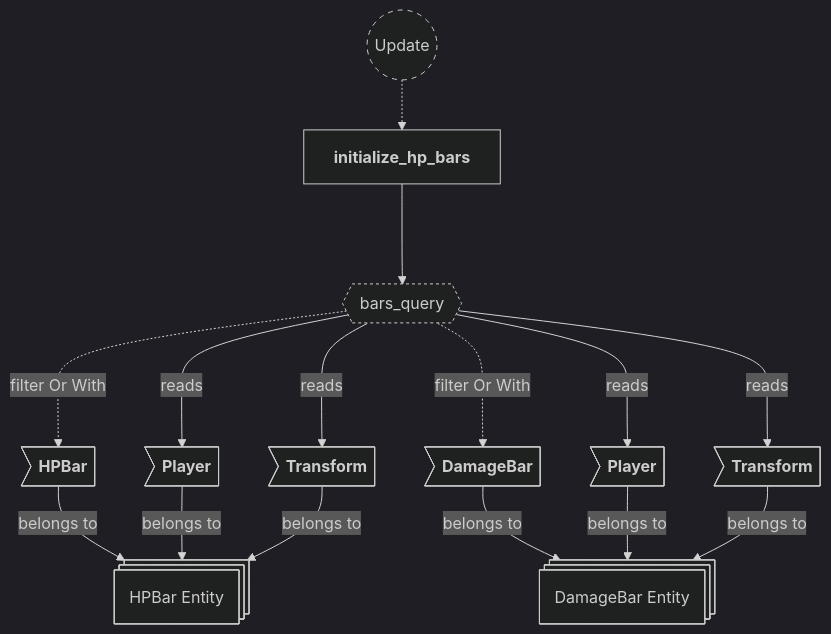
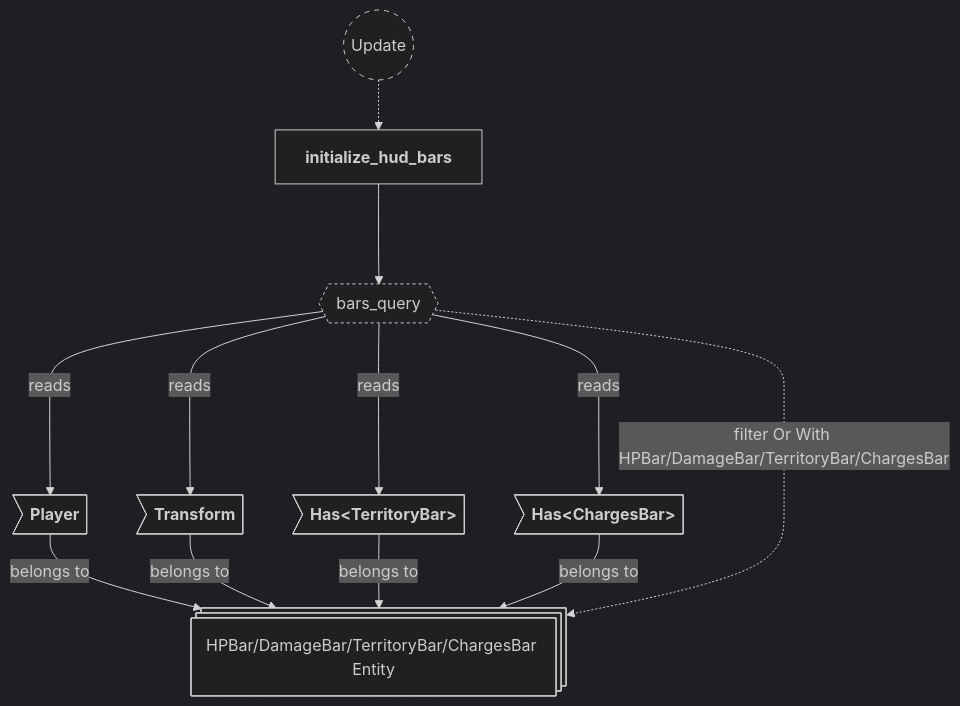
Before and after one commit to neurosoup/tyled: the ninth of 11 diagrams in backlog/docs/doc-3 - 001-Maps-plugin.md, drawn with Mermaid. The commit also changed other lines of this file and 4 other files, not shown here.

````diff
--- a/backlog/docs/doc-3 - 001-Maps-plugin.md
+++ b/backlog/docs/doc-3 - 001-Maps-plugin.md
@@ -396,35 +397,31 @@
 ```mermaid
 ---
 config:
   theme: dark
 ---
 
 flowchart TD
 classDef system-group stroke-dasharray: 5 5
 classDef query stroke-dasharray: 3 3
 
 update(("`Update`")):::system-group
-initialize_hp_bars["`**initialize_hp_bars**`"]
+initialize_hud_bars["`**initialize_hud_bars**`"]
 
-update -.-> initialize_hp_bars
+update -.-> initialize_hud_bars
 
 bars_query{{"`bars_query`"}}:::query
-initialize_hp_bars ---> bars_query
+initialize_hud_bars ---> bars_query
 
-hp_bar_entity@{ shape: st-rect, label: "HPBar Entity" }
-damage_bar_entity@{ shape: st-rect, label: "DamageBar Entity" }
+bar_entity@{ shape: st-rect, label: "HPBar/DamageBar/TerritoryBar/ChargesBar Entity" }
 
-be_hp_bar>"`**HPBar**`"] --> |belongs to| hp_bar_entity
-be_damage_bar>"`**DamageBar**`"] --> |belongs to| damage_bar_entity
-be_player>"`**Player**`"] --> |belongs to| hp_bar_entity
-be_player2>"`**Player**`"] --> |belongs to| damage_bar_entity
-be_transform>"`**Transform**`"] --> |belongs to| hp_bar_entity
-be_transform2>"`**Transform**`"] --> |belongs to| damage_bar_entity
+be_player>"`**Player**`"] --> |belongs to| bar_entity
+be_transform>"`**Transform**`"] --> |belongs to| bar_entity
+be_is_territory>"`**Has#60;TerritoryBar#62;**`"] --> |belongs to| bar_entity
+be_is_charges>"`**Has#60;ChargesBar#62;**`"] --> |belongs to| bar_entity
 
 bars_query ---> |reads| be_player
 bars_query ---> |reads| be_transform
-bars_query ---> |reads| be_player2
-bars_query ---> |reads| be_transform2
-bars_query -..-> |filter Or With| be_hp_bar
-bars_query -..-> |filter Or With| be_damage_bar
+bars_query ---> |reads| be_is_territory
+bars_query ---> |reads| be_is_charges
+bars_query -..-> |filter Or With HPBar/DamageBar/TerritoryBar/ChargesBar| bar_entity
 ```
````
